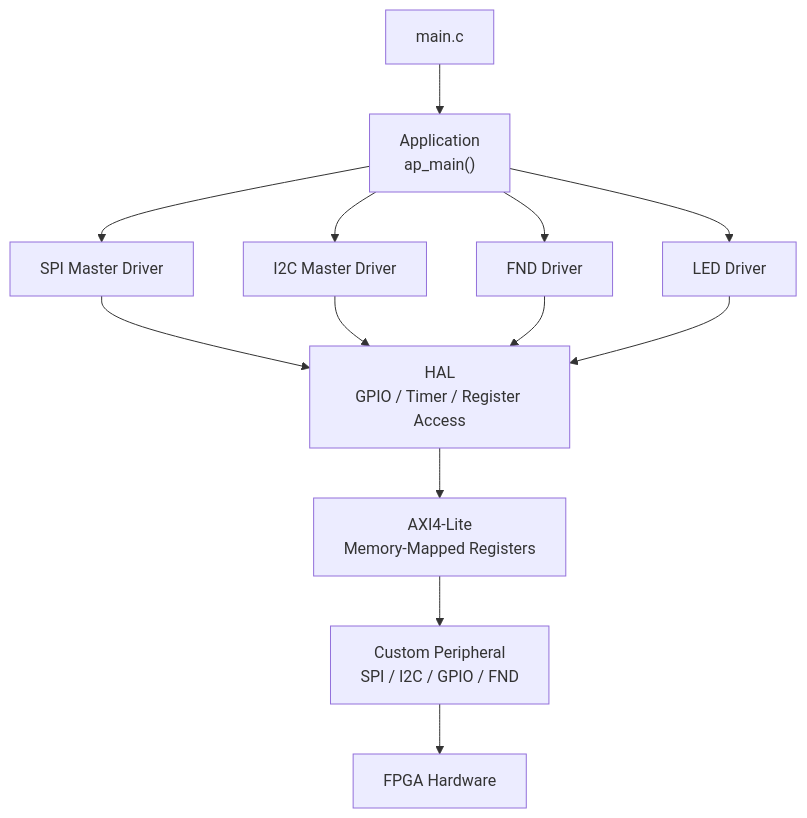
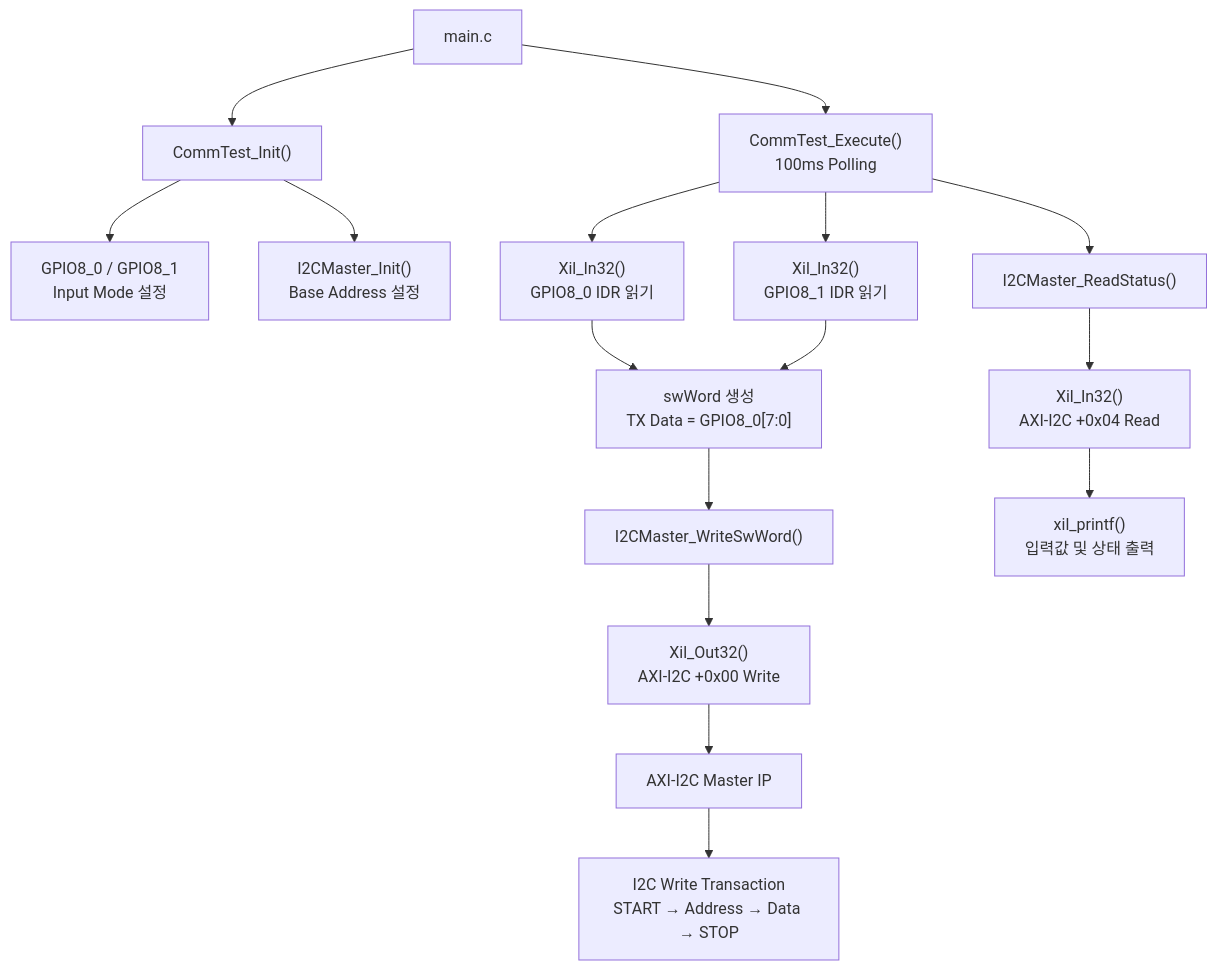
One commit to chieftain4202/RTL-Verification-Projects changed the first of 3 diagrams in 07-axi-peripheral-soc/README.md. Above: the diagram before and after it, drawn with Mermaid. The commit also changed other lines of this file, not shown here.

First line of the commit message:
Revise README for AXI4-Lite SPI/I2C Peripheral SoC

````diff
--- a/07-axi-peripheral-soc/README.md
+++ b/07-axi-peripheral-soc/README.md
@@ -51,18 +57,21 @@
 ```mermaid
 flowchart TB
-    MAIN["main.c"] --> APP["Application<br/>ap_main()"]
+    MAIN["main.c"] --> INIT["CommTest_Init()"]
+    INIT --> GPIO_INIT["GPIO8_0 / GPIO8_1<br/>Input Mode 설정"]
+    INIT --> I2C_INIT["I2CMaster_Init()<br/>Base Address 설정"]
 
-    APP --> SPI["SPI Master Driver"]
-    APP --> I2C["I2C Master Driver"]
-    APP --> FND["FND Driver"]
-    APP --> LED["LED Driver"]
+    MAIN --> LOOP["CommTest_Execute()<br/>100ms Polling"]
+    LOOP --> GPIO0["Xil_In32()<br/>GPIO8_0 IDR 읽기"]
+    LOOP --> GPIO1["Xil_In32()<br/>GPIO8_1 IDR 읽기"]
 
-    SPI --> HAL["HAL<br/>GPIO / Timer / Register Access"]
-    I2C --> HAL
-    FND --> HAL
-    LED --> HAL
+    GPIO0 --> WORD["swWord 생성<br/>TX Data = GPIO8_0[7:0]"]
+    GPIO1 --> WORD
+    WORD --> DRIVER["I2CMaster_WriteSwWord()"]
+    DRIVER --> AXI_W["Xil_Out32()<br/>AXI-I2C +0x00 Write"]
+    AXI_W --> I2C_IP["AXI-I2C Master IP"]
+    I2C_IP --> BUS["I2C Write Transaction<br/>START → Address → Data → STOP"]
 
-    HAL --> AXI["AXI4-Lite<br/>Memory-Mapped Registers"]
-    AXI --> HW["Custom Peripheral<br/>SPI / I2C / GPIO / FND"]
-    HW --> FPGA["FPGA Hardware"]
+    LOOP --> STATUS["I2CMaster_ReadStatus()"]
+    STATUS --> AXI_R["Xil_In32()<br/>AXI-I2C +0x04 Read"]
+    AXI_R --> UART["xil_printf()<br/>입력값 및 상태 출력"]
 ```
````
